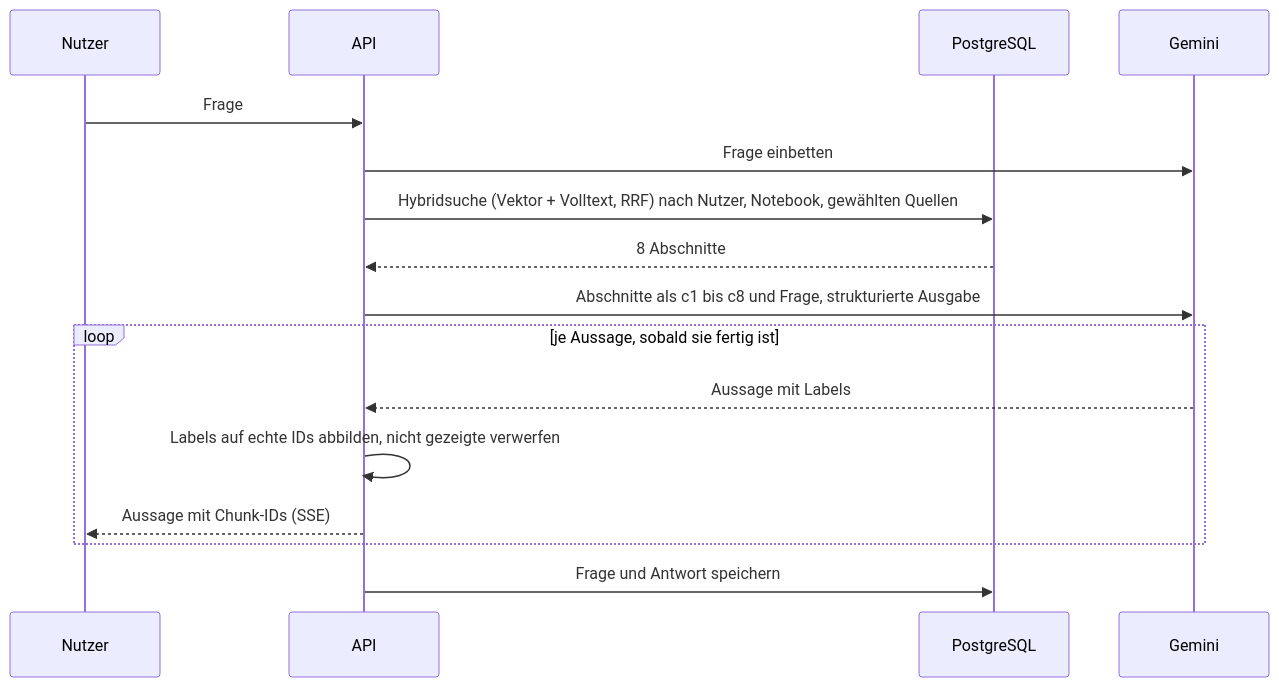
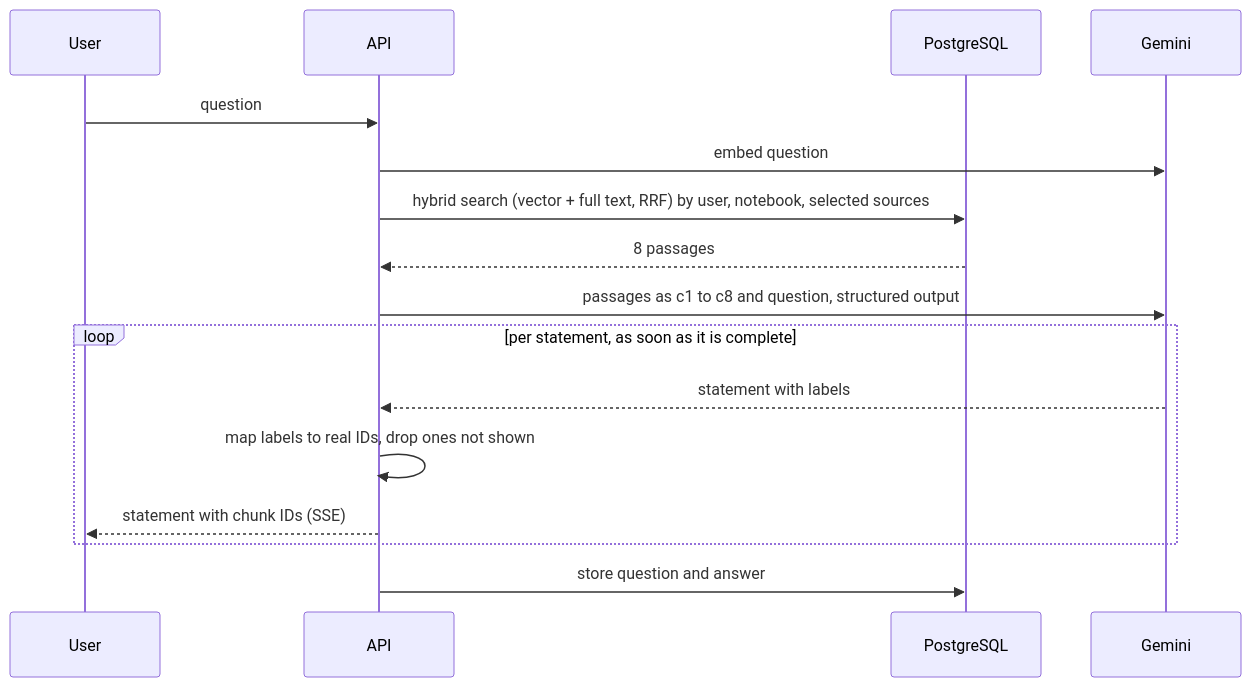
One commit to oguzbits/notebooklm-klon changed the third of 3 diagrams in README.md. Above: the diagram before and after it, drawn with Mermaid. The commit also changed other lines of this file and 17 other files, not shown here.

````diff
--- a/README.md
+++ b/README.md
@@ -91,18 +91,18 @@
 ```mermaid
 sequenceDiagram
-  participant U as Nutzer
+  participant U as User
   participant A as API
   participant D as PostgreSQL
   participant G as Gemini
-  U->>A: Frage
-  A->>G: Frage einbetten
-  A->>D: Hybridsuche (Vektor + Volltext, RRF) nach Nutzer, Notebook, gewählten Quellen
-  D-->>A: 8 Abschnitte
-  A->>G: Abschnitte als c1 bis c8 und Frage, strukturierte Ausgabe
-  loop je Aussage, sobald sie fertig ist
-    G-->>A: Aussage mit Labels
-    A->>A: Labels auf echte IDs abbilden, nicht gezeigte verwerfen
-    A-->>U: Aussage mit Chunk-IDs (SSE)
+  U->>A: question
+  A->>G: embed question
+  A->>D: hybrid search (vector + full text, RRF) by user, notebook, selected sources
+  D-->>A: 8 passages
+  A->>G: passages as c1 to c8 and question, structured output
+  loop per statement, as soon as it is complete
+    G-->>A: statement with labels
+    A->>A: map labels to real IDs, drop ones not shown
+    A-->>U: statement with chunk IDs (SSE)
   end
-  A->>D: Frage und Antwort speichern
+  A->>D: store question and answer
 ```
````
